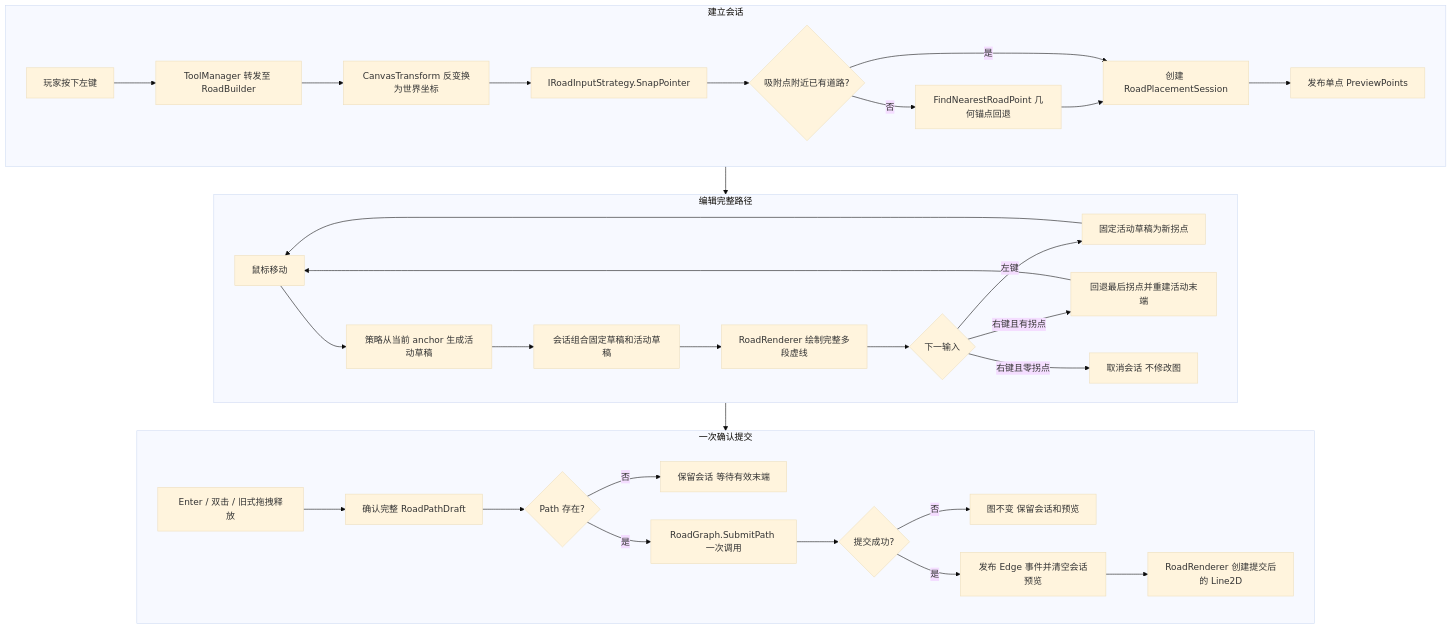
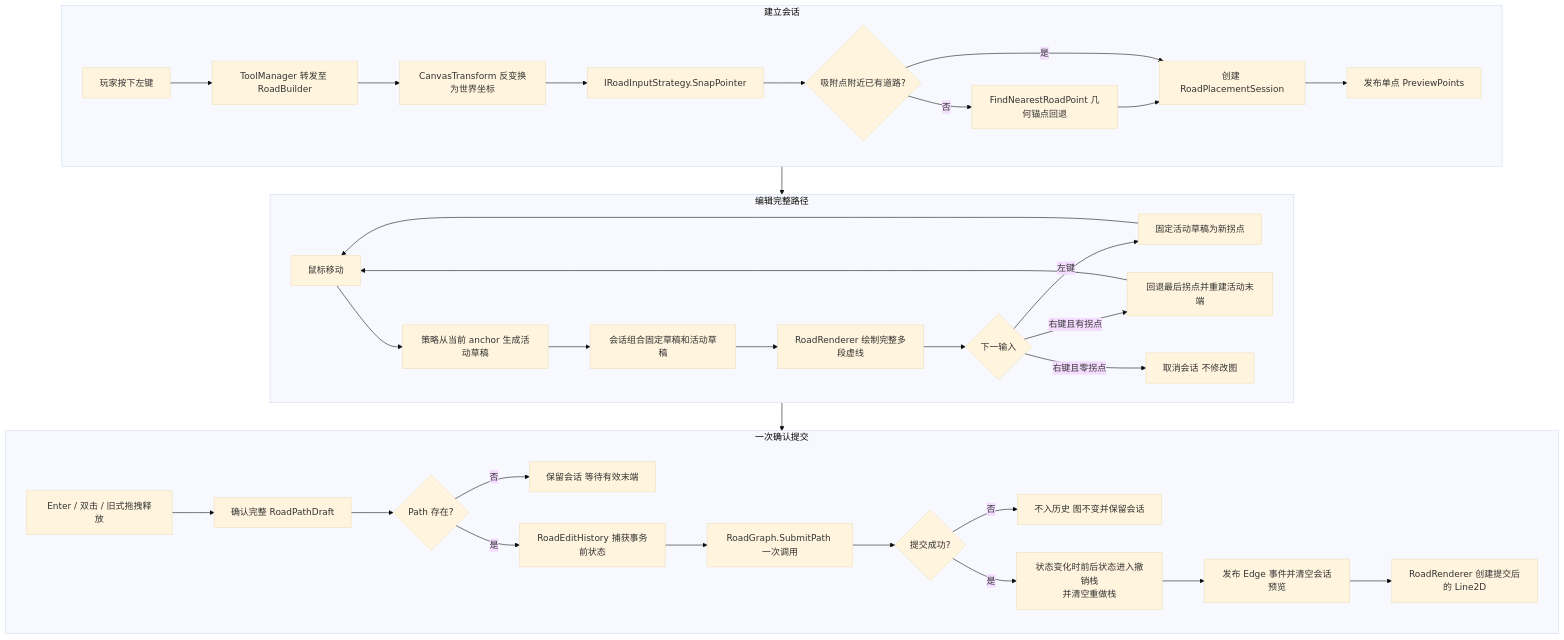
The second of 9 diagrams in docs/reference/game-logic.md (xianfishyu/SimpleCities), drawn with Mermaid (base theme) before and after one commit. The commit also changed other lines of this file and 17 other files, not shown here.

````diff
--- a/docs/reference/game-logic.md
+++ b/docs/reference/game-logic.md
@@ -73,39 +81,41 @@
 ```mermaid
 flowchart TD
     subgraph Phase1["建立会话"]
         S1["玩家按下左键"] --> S2["ToolManager 转发至 RoadBuilder"]
         S2 --> S3["CanvasTransform 反变换为世界坐标"]
         S3 --> S4["IRoadInputStrategy.SnapPointer"]
         S4 --> S5{"吸附点附近已有道路?"}
         S5 -->|否| S6["FindNearestRoadPoint 几何锚点回退"]
         S5 -->|是| S7["创建 RoadPlacementSession"]
         S6 --> S7
         S7 --> S8["发布单点 PreviewPoints"]
     end
 
     subgraph Phase2["编辑完整路径"]
         D1["鼠标移动"] --> D2["策略从当前 anchor 生成活动草稿"]
         D2 --> D3["会话组合固定草稿和活动草稿"]
         D3 --> D4["RoadRenderer 绘制完整多段虚线"]
         D4 --> D5{"下一输入"}
         D5 -->|左键| D6["固定活动草稿为新拐点"]
         D5 -->|右键且有拐点| D7["回退最后拐点并重建活动末端"]
         D5 -->|右键且零拐点| D8["取消会话 不修改图"]
         D6 --> D1
         D7 --> D1
     end
 
     subgraph Phase3["一次确认提交"]
         C1["Enter / 双击 / 旧式拖拽释放"] --> C2["确认完整 RoadPathDraft"]
         C2 --> C3{"Path 存在?"}
         C3 -->|否| C4["保留会话 等待有效末端"]
-        C3 -->|是| C5["RoadGraph.SubmitPath 一次调用"]
-        C5 --> C6{"提交成功?"}
-        C6 -->|否| C7["图不变 保留会话和预览"]
-        C6 -->|是| C8["发布 Edge 事件并清空会话预览"]
-        C8 --> C9["RoadRenderer 创建提交后的 Line2D"]
+        C3 -->|是| C5["RoadEditHistory 捕获事务前状态"]
+        C5 --> C6["RoadGraph.SubmitPath 一次调用"]
+        C6 --> C7{"提交成功?"}
+        C7 -->|否| C8["不入历史 图不变并保留会话"]
+        C7 -->|是| C9["状态变化时前后状态进入撤销栈<br/>并清空重做栈"]
+        C9 --> C10["发布 Edge 事件并清空会话预览"]
+        C10 --> C11["RoadRenderer 创建提交后的 Line2D"]
     end
 
     Phase1 --> Phase2
     Phase2 --> Phase3
 ```
````
